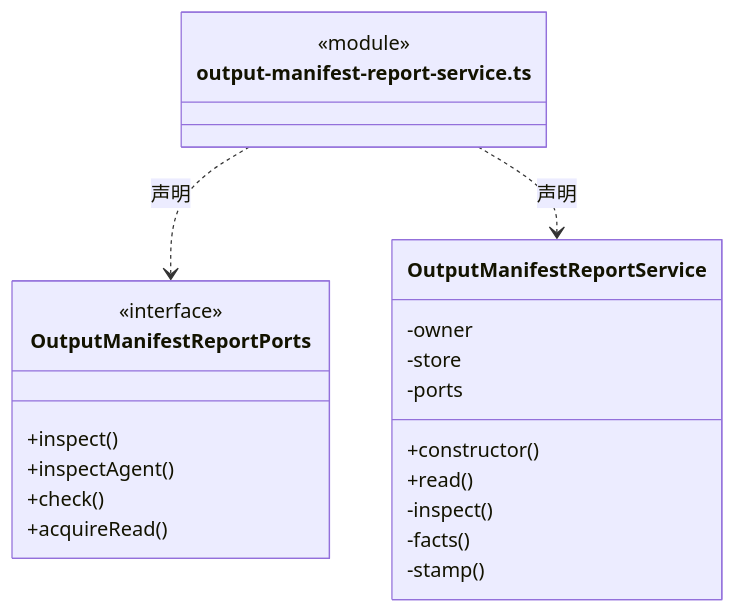
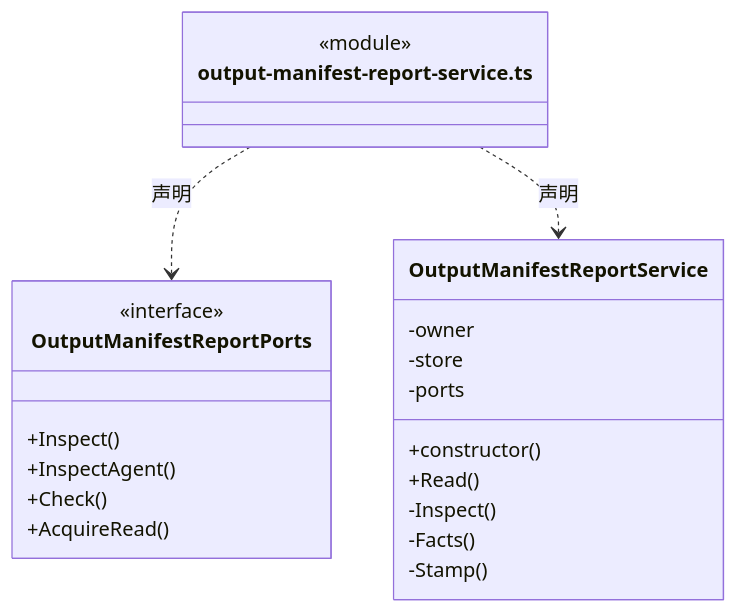
Before and after one commit to nan023062/cbim: diagram 17 of 23 in src/logic/evidence/runtime/ARCHITECTURE.md, drawn with Mermaid. The commit also changed other lines of this file and 1035 other files, not shown here.

````diff
--- a/src/logic/evidence/runtime/ARCHITECTURE.md
+++ b/src/logic/evidence/runtime/ARCHITECTURE.md
@@ -372,25 +372,25 @@
 ```mermaid
 classDiagram
 class N_src_logic_evidence_runtime_output_manifest_report_service_ts["output-manifest-report-service.ts"] {
   <<module>>
 }
 class N_src_logic_evidence_runtime_output_manifest_report_service_ts_OutputManifestReportPorts["OutputManifestReportPorts"] {
   <<interface>>
-  +inspect()
-  +inspectAgent()
-  +check()
-  +acquireRead()
+  +Inspect()
+  +InspectAgent()
+  +Check()
+  +AcquireRead()
 }
 N_src_logic_evidence_runtime_output_manifest_report_service_ts ..> N_src_logic_evidence_runtime_output_manifest_report_service_ts_OutputManifestReportPorts : 声明
 class N_src_logic_evidence_runtime_output_manifest_report_service_ts_OutputManifestReportService["OutputManifestReportService"] {
   +constructor()
-  +read()
+  +Read()
   -owner
   -store
   -ports
-  -inspect()
-  -facts()
-  -stamp()
+  -Inspect()
+  -Facts()
+  -Stamp()
 }
 N_src_logic_evidence_runtime_output_manifest_report_service_ts ..> N_src_logic_evidence_runtime_output_manifest_report_service_ts_OutputManifestReportService : 声明
 ```
````
